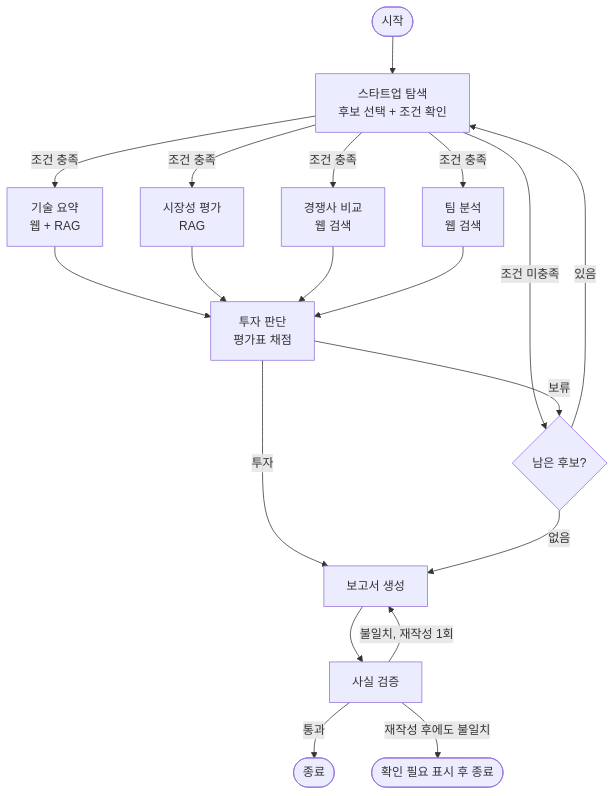
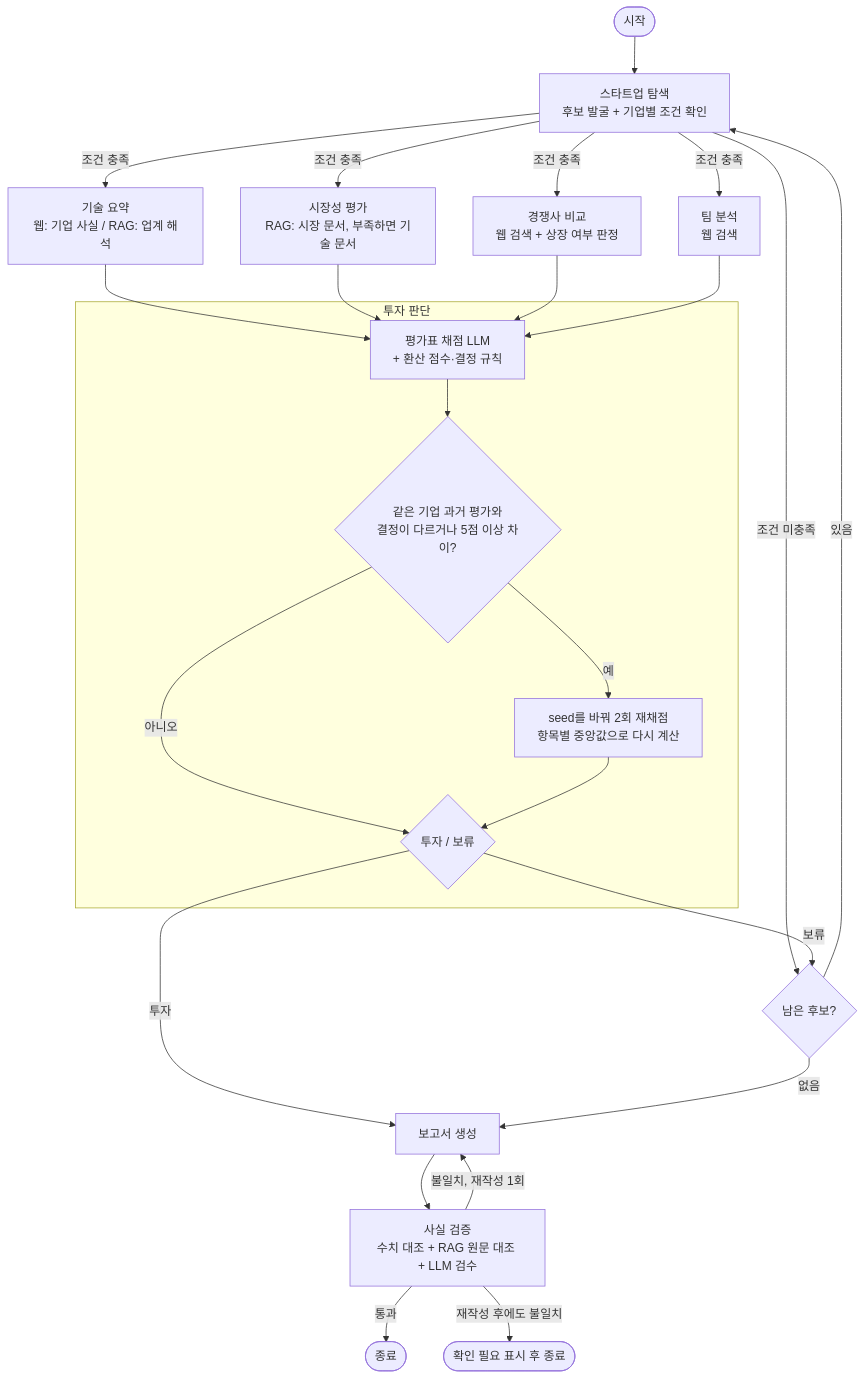
One commit to 97-99-02/ai-startup-investment-agent changed the diagram in README.md. Above: the diagram before and after it, drawn with Mermaid.

Commit message:
READMEv2

````diff
--- a/README.md
+++ b/README.md
@@ -48,21 +48,27 @@
 ```mermaid
 graph TD
-    START([시작]) --> A[스타트업 탐색<br/>후보 선택 + 조건 확인]
+    START([시작]) --> A[스타트업 탐색<br/>후보 발굴 + 기업별 조건 확인]
     A -->|조건 미충족| NEXT{남은 후보?}
-    A -->|조건 충족| B[기술 요약<br/>웹 + RAG]
-    A -->|조건 충족| C[시장성 평가<br/>RAG]
-    A -->|조건 충족| D[경쟁사 비교<br/>웹 검색]
+    A -->|조건 충족| B[기술 요약<br/>웹: 기업 사실 / RAG: 업계 해석]
+    A -->|조건 충족| C[시장성 평가<br/>RAG: 시장 문서, 부족하면 기술 문서]
+    A -->|조건 충족| D[경쟁사 비교<br/>웹 검색 + 상장 여부 판정]
     A -->|조건 충족| E[팀 분석<br/>웹 검색]
-    B --> F[투자 판단<br/>평가표 채점]
+    B --> F
     C --> F
     D --> F
     E --> F
-    F -->|투자| G[보고서 생성]
-    F -->|보류| NEXT
+    subgraph J[투자 판단]
+        F[평가표 채점 LLM<br/>+ 환산 점수·결정 규칙] --> F2{같은 기업 과거 평가와<br/>결정이 다르거나 5점 이상 차이?}
+        F2 -->|예| F3[seed를 바꿔 2회 재채점<br/>항목별 중앙값으로 다시 계산]
+        F2 -->|아니오| DEC{투자 / 보류}
+        F3 --> DEC
+    end
+    DEC -->|투자| G[보고서 생성]
+    DEC -->|보류| NEXT
     NEXT -->|있음| A
     NEXT -->|없음| G
-    G --> H[사실 검증]
+    G --> H[사실 검증<br/>수치 대조 + RAG 원문 대조 + LLM 검수]
     H -->|통과| END([종료])
     H -->|불일치, 재작성 1회| G
     H -->|재작성 후에도 불일치| END2([확인 필요 표시 후 종료])
 ```
````
